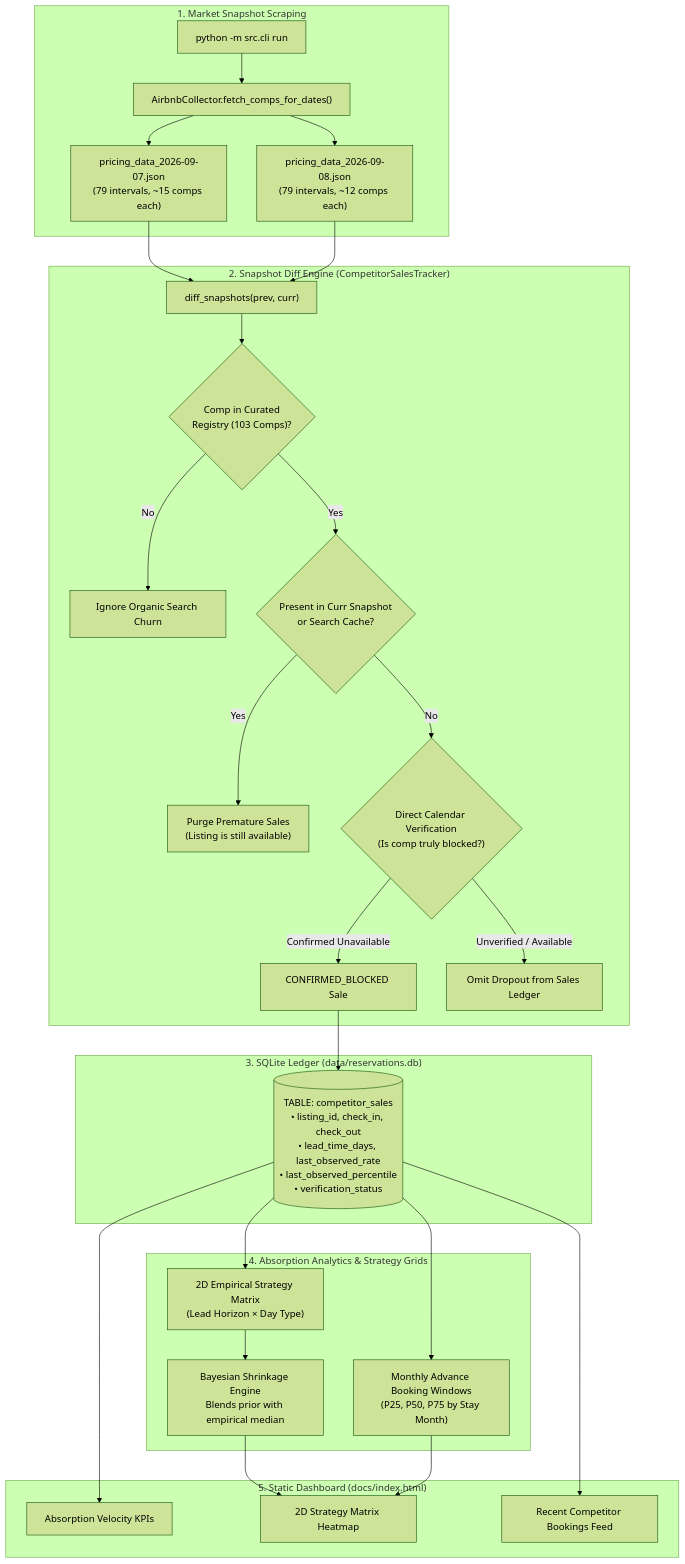
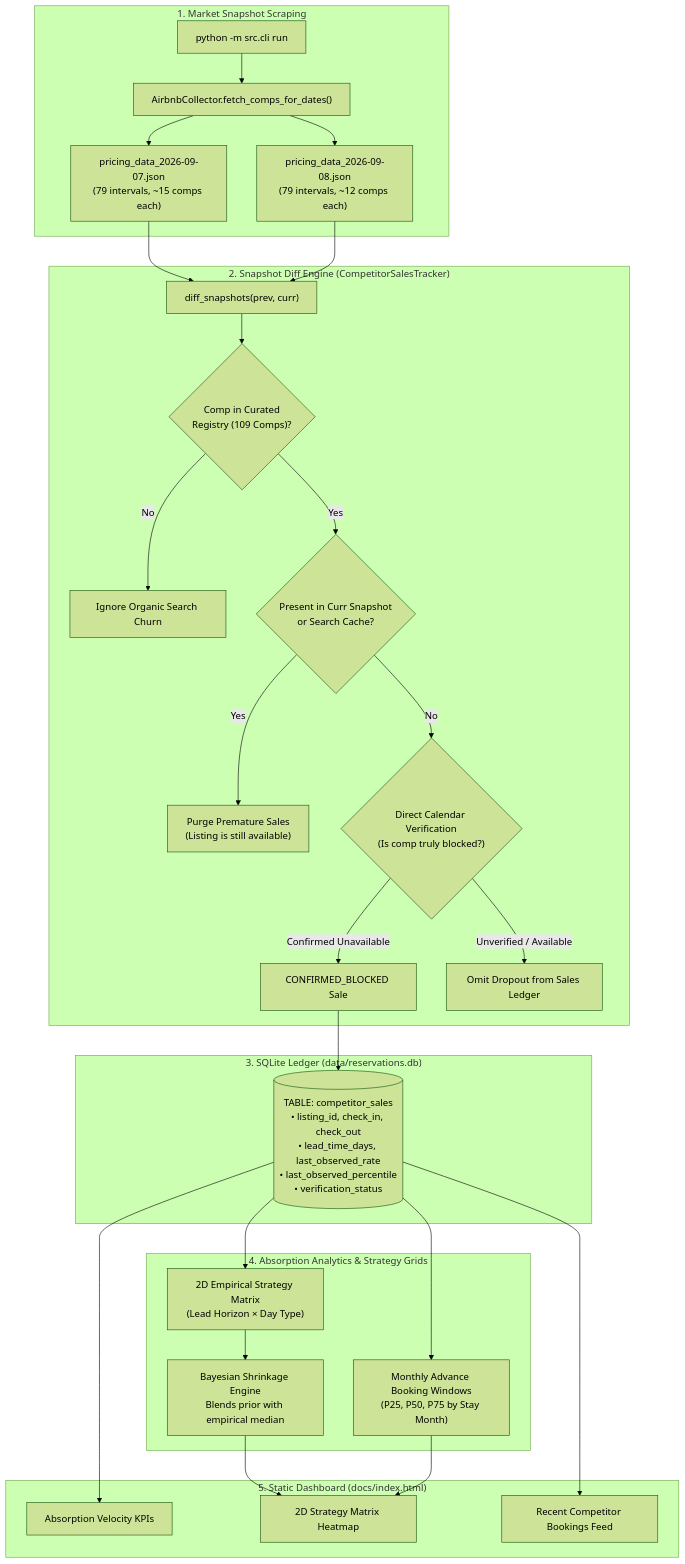
The diagram in docs/COMPETITOR_SALES_FEATURE_EXPLAINER.md (ivanpenkov/str-price-advisor), drawn with Mermaid (forest theme) before and after one commit. The commit also changed other lines of this file and 11 other files, not shown here.

````diff
--- a/docs/COMPETITOR_SALES_FEATURE_EXPLAINER.md
+++ b/docs/COMPETITOR_SALES_FEATURE_EXPLAINER.md
@@ -22,50 +22,50 @@
 ```mermaid
 flowchart TD
     subgraph Ingestion ["1. Market Snapshot Scraping"]
         CLI["python -m src.cli run"]
         Collector["AirbnbCollector.fetch_comps_for_dates()"]
         S1["pricing_data_2026-09-07.json<br/>(79 intervals, ~15 comps each)"]
         S2["pricing_data_2026-09-08.json<br/>(79 intervals, ~12 comps each)"]
         CLI --> Collector
         Collector --> S1
         Collector --> S2
     end
 
     subgraph Diff_Engine ["2. Snapshot Diff Engine (CompetitorSalesTracker)"]
         Diff["diff_snapshots(prev, curr)"]
         S1 --> Diff
         S2 --> Diff
-        Filter{"Comp in Curated<br/>Registry (103 Comps)?"}
+        Filter{"Comp in Curated<br/>Registry (109 Comps)?"}
         Diff --> Filter
         Filter -- No --> Skip["Ignore Organic Search Churn"]
         Filter -- Yes --> Reconcile{"Present in Curr Snapshot<br/>or Search Cache?"}
         Reconcile -- Yes --> Purge["Purge Premature Sales<br/>(Listing is still available)"]
         Reconcile -- No --> Verify{"Direct Calendar Verification<br/>(Is comp truly blocked?)"}
         Verify -- Confirmed Unavailable --> Confirmed["CONFIRMED_BLOCKED Sale"]
         Verify -- Unverified / Available --> Omit["Omit Dropout from Sales Ledger"]
     end
 
     subgraph Persistence ["3. SQLite Ledger (data/reservations.db)"]
         Table[("TABLE: competitor_sales<br/>• listing_id, check_in, check_out<br/>• lead_time_days, last_observed_rate<br/>• last_observed_percentile<br/>• verification_status")]
         Confirmed --> Table
     end
 
     subgraph Analytics ["4. Absorption Analytics & Strategy Grids"]
         Grid["2D Empirical Strategy Matrix<br/>(Lead Horizon × Day Type)"]
         Bayes["Bayesian Shrinkage Engine<br/>Blends prior with empirical median"]
         Windows["Monthly Advance Booking Windows<br/>(P25, P50, P75 by Stay Month)"]
         Table --> Grid
         Table --> Windows
         Grid --> Bayes
     end
 
     subgraph Presentation ["5. Static Dashboard (docs/index.html)"]
         KPIs["Absorption Velocity KPIs"]
         MatrixUI["2D Strategy Matrix Heatmap"]
         FeedUI["Recent Competitor Bookings Feed"]
         Bayes --> MatrixUI
         Windows --> MatrixUI
         Table --> FeedUI
         Table --> KPIs
     end
 ```
````
